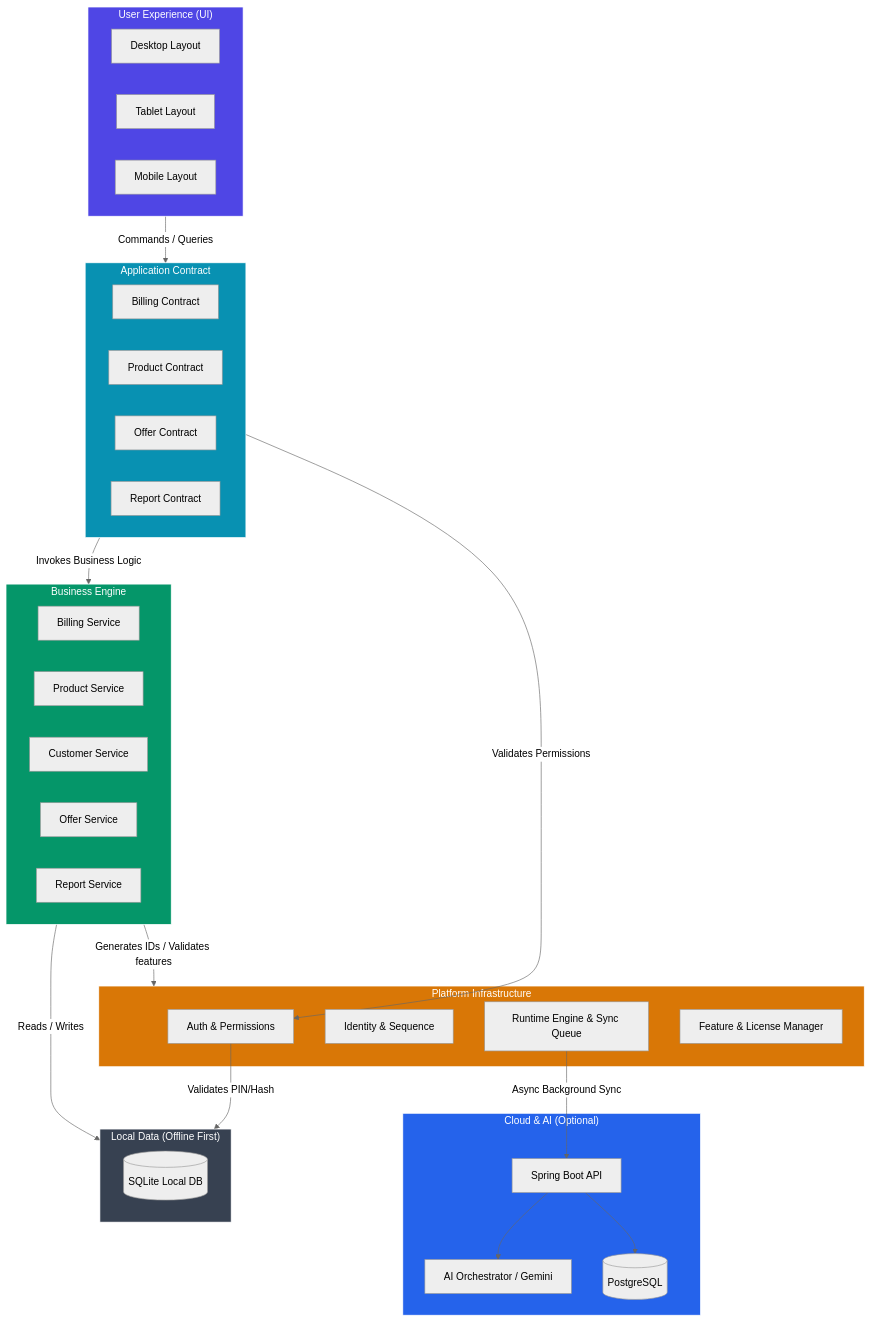
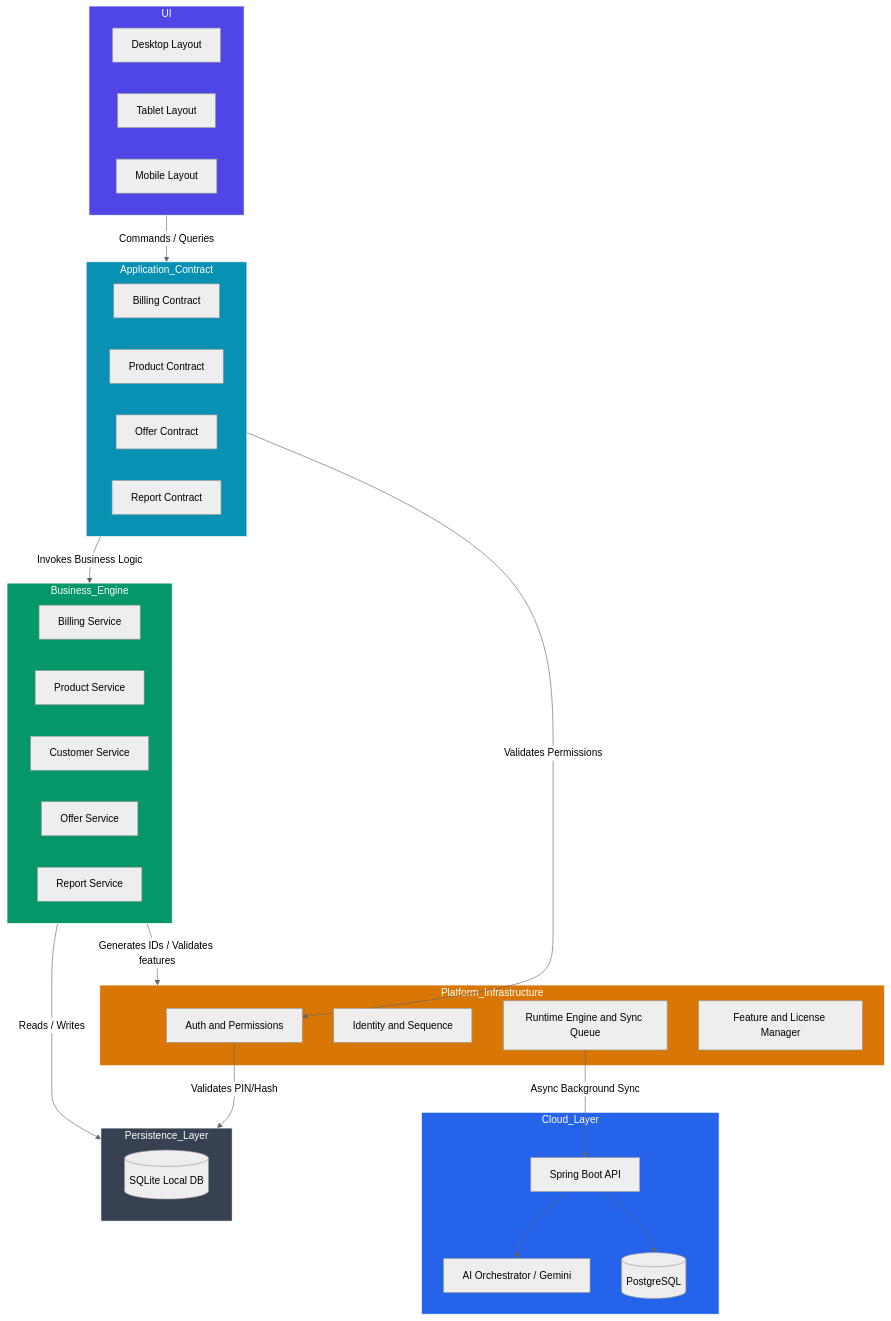
The diagram in docs/flow_diagrams/System_Architecture.md (DexterNaresh/BizCopilot-Client), drawn with Mermaid (neutral theme) before and after one commit. The commit also changed 2 other files, not shown here.

Commit message:
Error fixed in all flow diagram

````diff
--- a/docs/flow_diagrams/System_Architecture.md
+++ b/docs/flow_diagrams/System_Architecture.md
@@ -5,68 +5,68 @@
 ```mermaid
 flowchart TD
     %% Layers
-    subgraph UI ["User Experience (UI)"]
+    subgraph UI
         D[Desktop Layout]
         T[Tablet Layout]
         M[Mobile Layout]
     end
 
-    subgraph AppContract ["Application Contract"]
+    subgraph Application_Contract
         BC[Billing Contract]
         PC[Product Contract]
         OC[Offer Contract]
         RC[Report Contract]
     end
 
-    subgraph BusinessEngine ["Business Engine"]
+    subgraph Business_Engine
         Bill[Billing Service]
         Prod[Product Service]
         Cust[Customer Service]
         Off[Offer Service]
         Rep[Report Service]
     end
 
-    subgraph PlatformLayer ["Platform Infrastructure"]
-        Auth[Auth & Permissions]
-        Id[Identity & Sequence]
-        Run[Runtime Engine & Sync Queue]
-        Feat[Feature & License Manager]
+    subgraph Platform_Infrastructure
+        Auth["Auth and Permissions"]
+        Id["Identity and Sequence"]
+        Run["Runtime Engine and Sync Queue"]
+        Feat["Feature and License Manager"]
     end
 
-    subgraph Persistence ["Local Data (Offline First)"]
+    subgraph Persistence_Layer
         DB[(SQLite Local DB)]
     end
     
-    subgraph CloudLayer ["Cloud & AI (Optional)"]
+    subgraph Cloud_Layer
         SyncAPI[Spring Boot API]
         CloudDB[(PostgreSQL)]
-        AI[AI Orchestrator / Gemini]
+        AI["AI Orchestrator / Gemini"]
     end
 
     %% Connections
-    UI -- "Commands / Queries" --> AppContract
-    AppContract -- "Validates Permissions" --> Auth
-    AppContract -- "Invokes Business Logic" --> BusinessEngine
-    BusinessEngine -- "Generates IDs / Validates features" --> PlatformLayer
-    BusinessEngine -- "Reads / Writes" --> Persistence
-    Auth -- "Validates PIN/Hash" --> Persistence
+    UI -- "Commands / Queries" --> Application_Contract
+    Application_Contract -- "Validates Permissions" --> Auth
+    Application_Contract -- "Invokes Business Logic" --> Business_Engine
+    Business_Engine -- "Generates IDs / Validates features" --> Platform_Infrastructure
+    Business_Engine -- "Reads / Writes" --> Persistence_Layer
+    Auth -- "Validates PIN/Hash" --> Persistence_Layer
     
     Run -- "Async Background Sync" --> SyncAPI
     SyncAPI --> CloudDB
     SyncAPI --> AI
     
     %% Styling
     classDef ui fill:#4f46e5,stroke:#fff,color:#fff;
     classDef contract fill:#0891b2,stroke:#fff,color:#fff;
     classDef business fill:#059669,stroke:#fff,color:#fff;
     classDef platform fill:#d97706,stroke:#fff,color:#fff;
     classDef data fill:#374151,stroke:#fff,color:#fff;
     classDef cloud fill:#2563eb,stroke:#fff,color:#fff;
     
     class UI ui;
-    class AppContract contract;
-    class BusinessEngine business;
-    class PlatformLayer platform;
-    class Persistence data;
-    class CloudLayer cloud;
+    class Application_Contract contract;
+    class Business_Engine business;
+    class Platform_Infrastructure platform;
+    class Persistence_Layer data;
+    class Cloud_Layer cloud;
 ```
````
